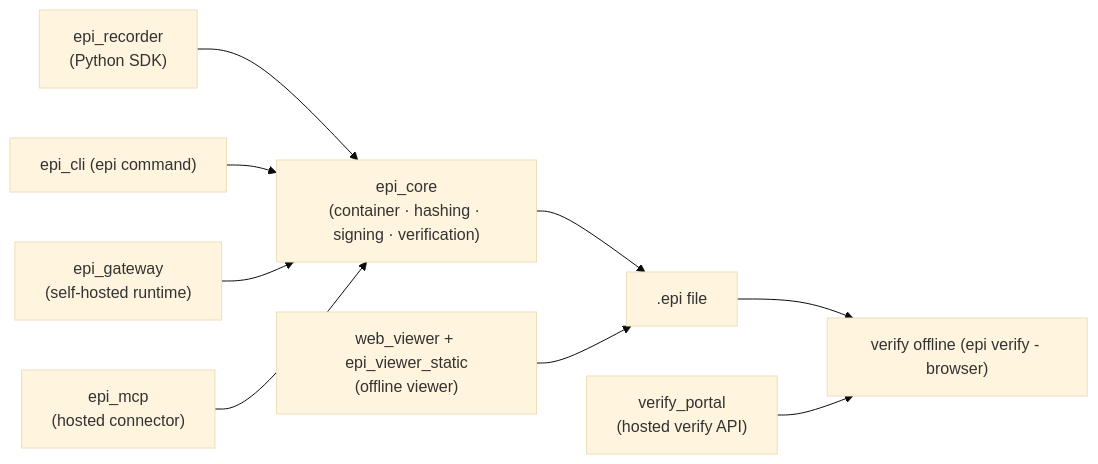
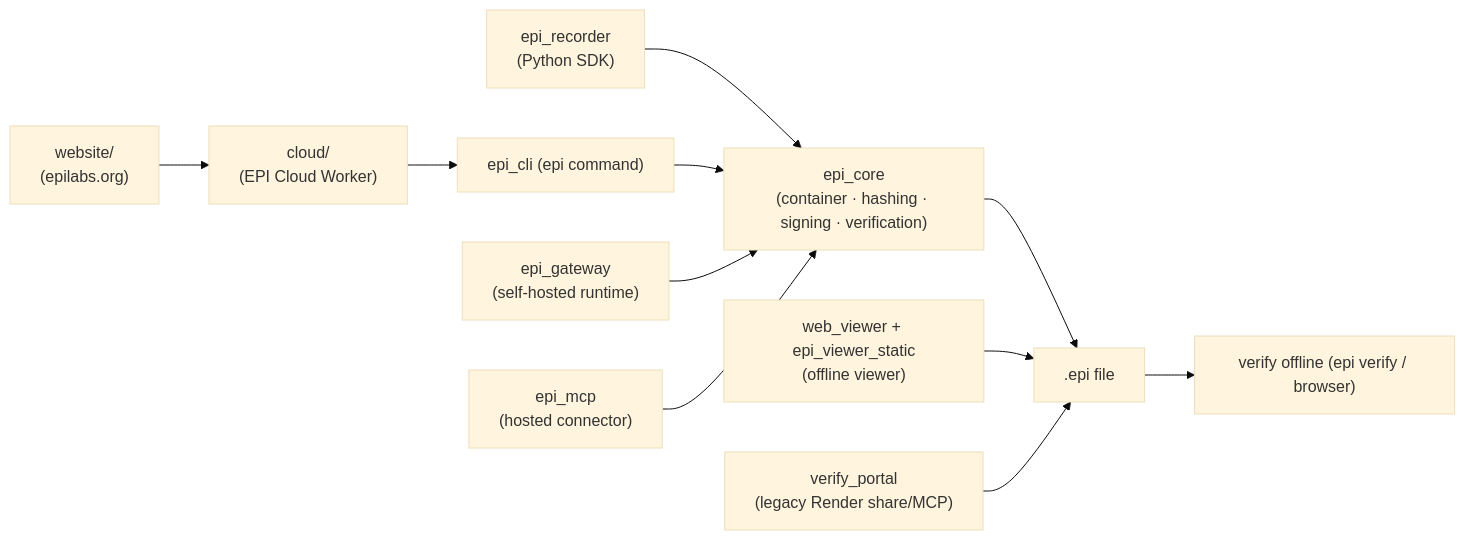
The diagram in ARCHITECTURE.md (mohdibrahimaiml/epi-recorder), drawn with Mermaid (base theme) before and after one commit. The commit also changed other lines of this file and 108 other files, not shown here.

````diff
--- a/ARCHITECTURE.md
+++ b/ARCHITECTURE.md
@@ -5,11 +11,13 @@
 ```mermaid
 flowchart LR
     SDK["epi_recorder<br/>(Python SDK)"] --> CORE["epi_core<br/>(container · hashing · signing · verification)"]
     CLI["epi_cli (epi command)"] --> CORE
     GW["epi_gateway<br/>(self-hosted runtime)"] --> CORE
     MCP["epi_mcp<br/>(hosted connector)"] --> CORE
     CORE --> EPIF[".epi file"]
-    EPIF --> VERIFY["verify offline (epi verify - browser)"]
+    EPIF --> VERIFY["verify offline (epi verify / browser)"]
     WV["web_viewer + epi_viewer_static<br/>(offline viewer)"] --> EPIF
-    PORTAL["verify_portal<br/>(hosted verify API)"] --> VERIFY
+    CLOUD["cloud/<br/>(EPI Cloud Worker)"] --> CLI
+    SITE["website/<br/>(epilabs.org)"] --> CLOUD
+    PORTAL["verify_portal<br/>(legacy Render share/MCP)"] --> EPIF
 ```
````
